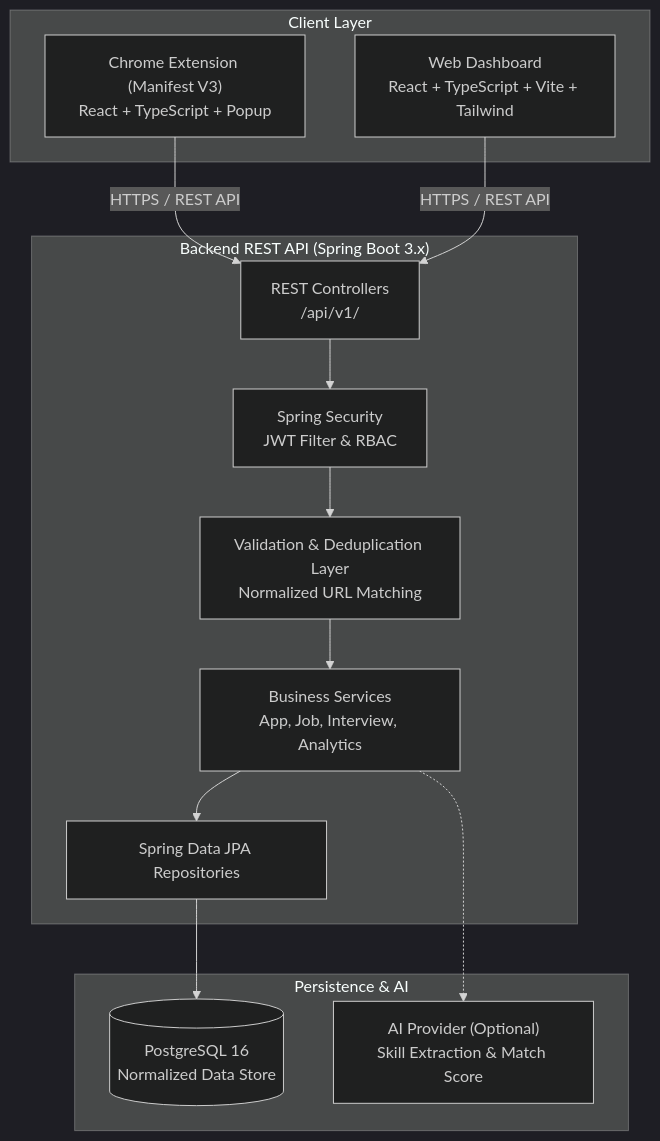
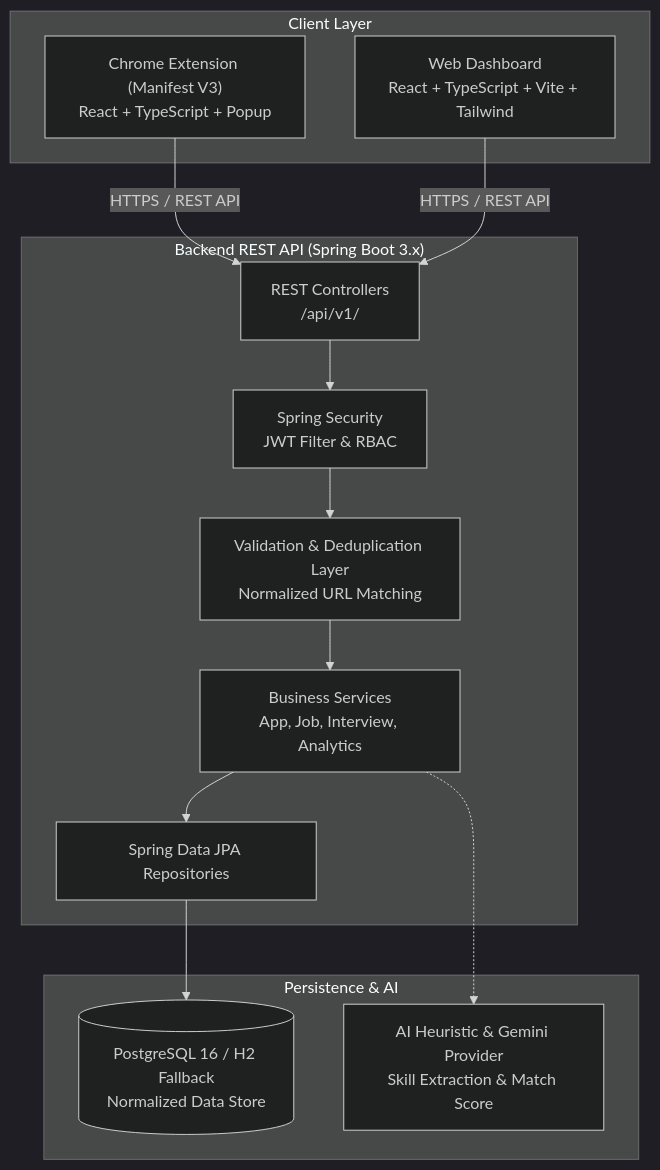
One commit to LEVELING2108/JobTrack-AI-Web-Extension changed the first of 2 diagrams in README.md. Above: the diagram before and after it, drawn with Mermaid (dark theme). The commit also changed other lines of this file, not shown here.

Commit message:
docs: enrich README with production endpoints, architecture, and API specs

````diff
--- a/README.md
+++ b/README.md
@@ -37,34 +65,34 @@
 ```mermaid
 flowchart TD
     subgraph Clients[" Client Layer "]
         Ext["Chrome Extension (Manifest V3)
 React + TypeScript + Popup"]
         Web["Web Dashboard
 React + TypeScript + Vite + Tailwind"]
     end
 
     subgraph Server[" Backend REST API (Spring Boot 3.x) "]
         Controller["REST Controllers
 /api/v1/"]
         Sec["Spring Security
 JWT Filter & RBAC"]
         Val["Validation & Deduplication Layer
 Normalized URL Matching"]
         Service["Business Services
 App, Job, Interview, Analytics"]
         Repo["Spring Data JPA Repositories"]
     end
 
     subgraph Storage[" Persistence & AI "]
-        DB[("PostgreSQL 16
+        DB[("PostgreSQL 16 / H2 Fallback
 Normalized Data Store")]
-        AI["AI Provider (Optional)
+        AI["AI Heuristic & Gemini Provider
 Skill Extraction & Match Score"]
     end
 
     Ext -->|HTTPS / REST API| Controller
     Web -->|HTTPS / REST API| Controller
     Controller --> Sec --> Val --> Service --> Repo
     Repo --> DB
     Service -.-> AI
 ```
````
